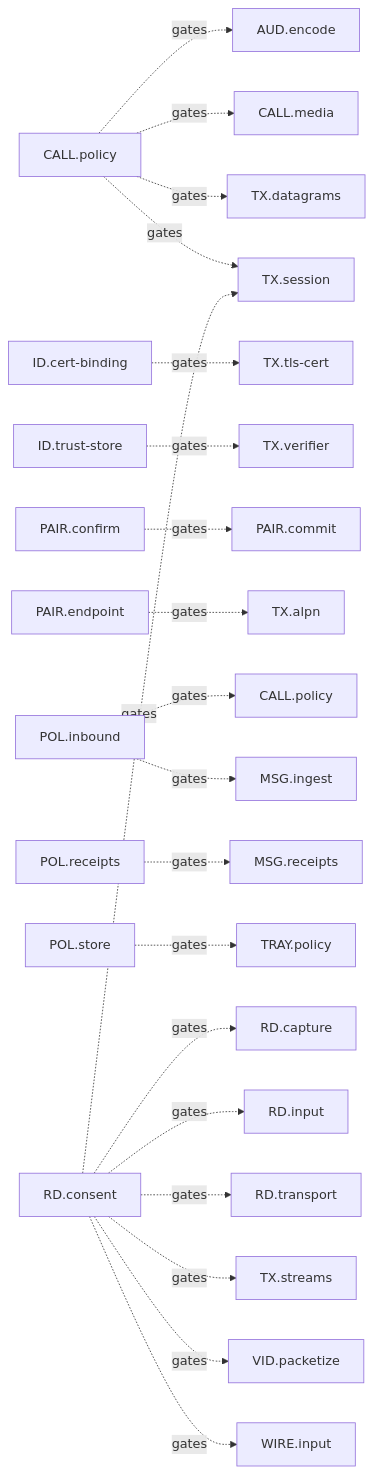
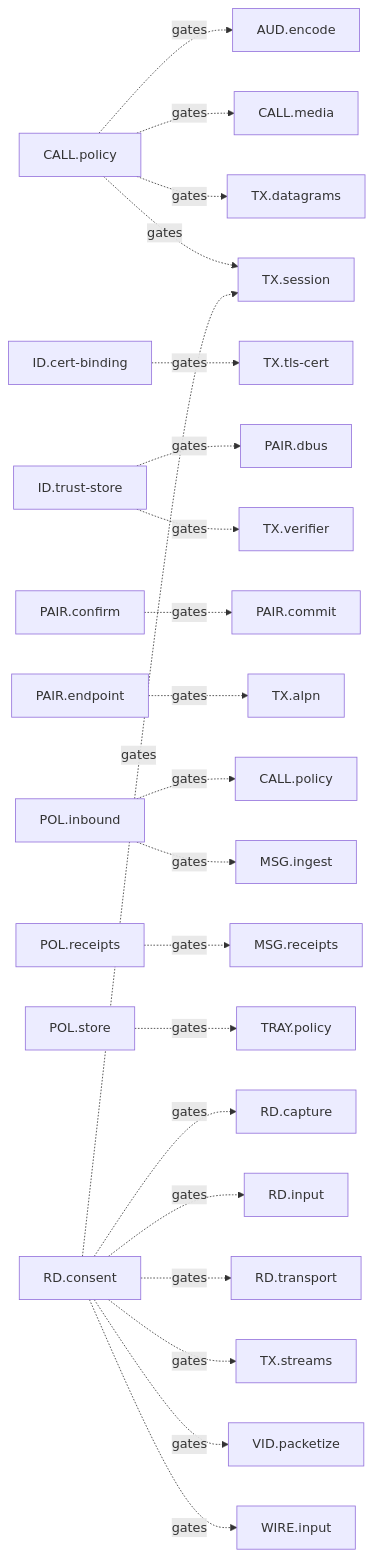
Before and after one commit to TICO-CO/TiConnect: the diagram in docs/systems/generated/trust.md, drawn with Mermaid. The commit also changed other lines of this file and 80 other files, not shown here.

````diff
--- a/docs/systems/generated/trust.md
+++ b/docs/systems/generated/trust.md
@@ -5,22 +5,23 @@
 ```mermaid
 flowchart LR
   g_n_call_policy["CALL.policy"] -.->|gates| f_n_aud_encode["AUD.encode"]
   g_n_call_policy["CALL.policy"] -.->|gates| f_n_call_media["CALL.media"]
   g_n_call_policy["CALL.policy"] -.->|gates| f_n_tx_datagrams["TX.datagrams"]
   g_n_call_policy["CALL.policy"] -.->|gates| f_n_tx_session["TX.session"]
   g_n_id_cert_binding["ID.cert-binding"] -.->|gates| f_n_tx_tls_cert["TX.tls-cert"]
+  g_n_id_trust_store["ID.trust-store"] -.->|gates| f_n_pair_dbus["PAIR.dbus"]
   g_n_id_trust_store["ID.trust-store"] -.->|gates| f_n_tx_verifier["TX.verifier"]
   g_n_pair_confirm["PAIR.confirm"] -.->|gates| f_n_pair_commit["PAIR.commit"]
   g_n_pair_endpoint["PAIR.endpoint"] -.->|gates| f_n_tx_alpn["TX.alpn"]
   g_n_pol_inbound["POL.inbound"] -.->|gates| f_n_call_policy["CALL.policy"]
   g_n_pol_inbound["POL.inbound"] -.->|gates| f_n_msg_ingest["MSG.ingest"]
   g_n_pol_receipts["POL.receipts"] -.->|gates| f_n_msg_receipts["MSG.receipts"]
   g_n_pol_store["POL.store"] -.->|gates| f_n_tray_policy["TRAY.policy"]
   g_n_rd_consent["RD.consent"] -.->|gates| f_n_rd_capture["RD.capture"]
   g_n_rd_consent["RD.consent"] -.->|gates| f_n_rd_input["RD.input"]
   g_n_rd_consent["RD.consent"] -.->|gates| f_n_rd_transport["RD.transport"]
   g_n_rd_consent["RD.consent"] -.->|gates| f_n_tx_session["TX.session"]
   g_n_rd_consent["RD.consent"] -.->|gates| f_n_tx_streams["TX.streams"]
   g_n_rd_consent["RD.consent"] -.->|gates| f_n_vid_packetize["VID.packetize"]
   g_n_rd_consent["RD.consent"] -.->|gates| f_n_wire_input["WIRE.input"]
 ```
````
